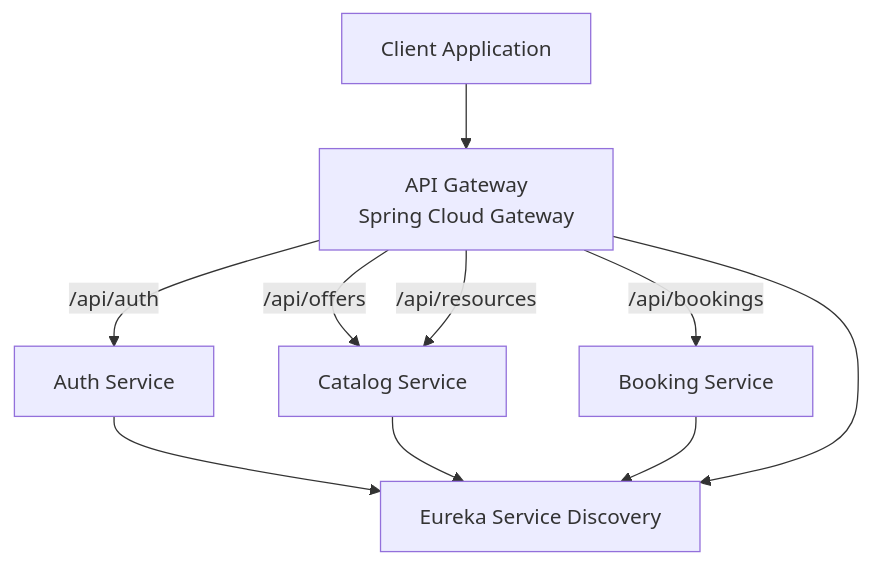
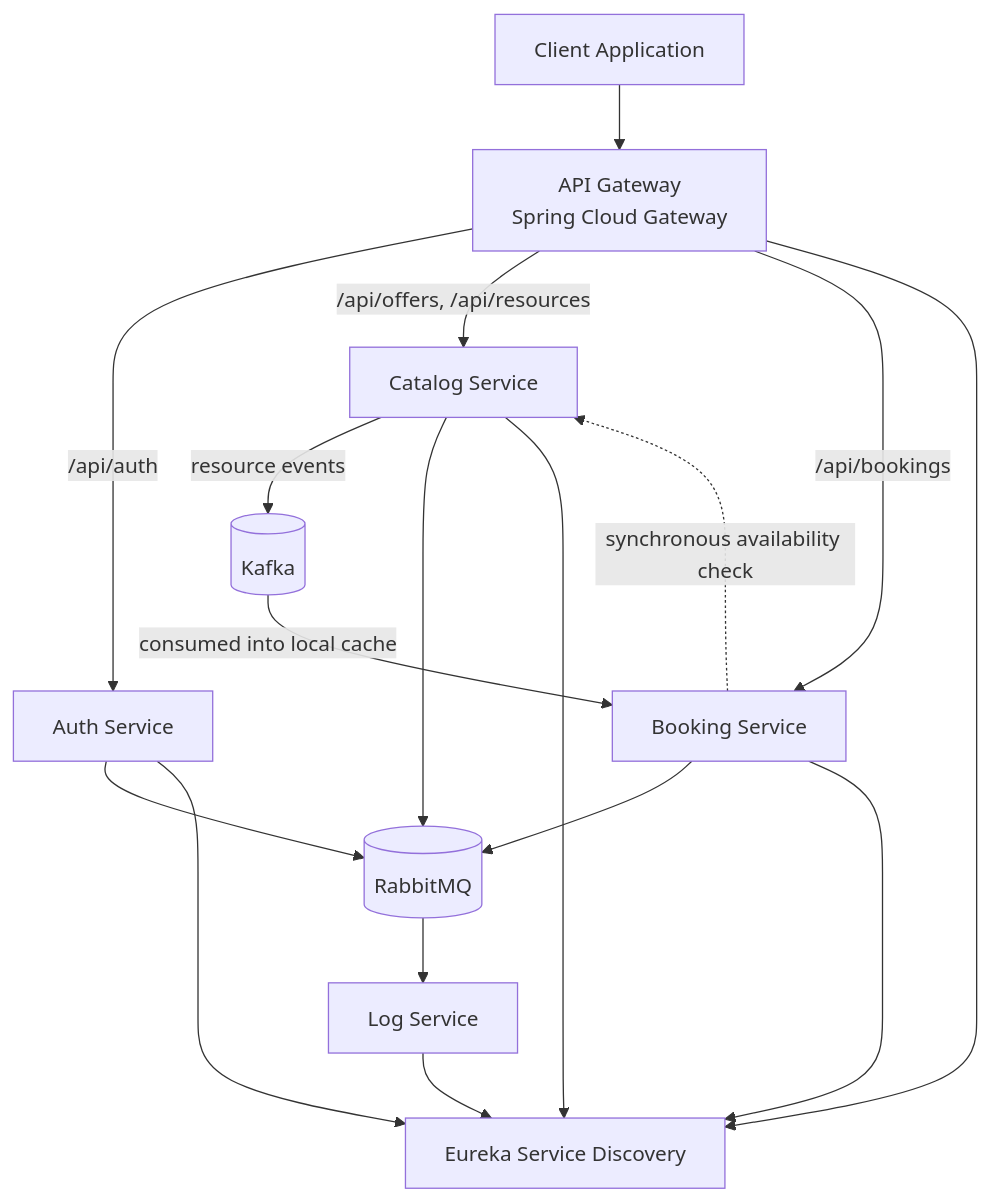
One commit to LeonilSulude/SmartBookingPlatform_V2 changed the diagram in README.md. Above: the diagram before and after it, drawn with Mermaid. The commit also changed other lines of this file, not shown here.

First line of the commit message:
docs: update README for V2 — Kafka, RBAC, testing, observability, CI/CD

````diff
--- a/README.md
+++ b/README.md
@@ -53,21 +65,33 @@
 ```mermaid
 graph TD
   Client[Client Application]
   Gateway[API Gateway<br>Spring Cloud Gateway]
   Auth[Auth Service]
   Catalog[Catalog Service]
   Booking[Booking Service]
+  Log[Log Service]
   Eureka[Eureka Service Discovery]
+  Kafka[(Kafka)]
+  RabbitMQ[(RabbitMQ)]
 
   Client --> Gateway
 
   Gateway -->|/api/auth| Auth
-  Gateway -->|/api/offers| Catalog
-  Gateway -->|/api/resources| Catalog
+  Gateway -->|/api/offers, /api/resources| Catalog
   Gateway -->|/api/bookings| Booking
+
+  Catalog -->|resource events| Kafka
+  Kafka -->|consumed into local cache| Booking
+  Booking -.->|synchronous availability check| Catalog
+
+  Auth --> RabbitMQ
+  Catalog --> RabbitMQ
+  Booking --> RabbitMQ
+  RabbitMQ --> Log
 
   Auth --> Eureka
   Catalog --> Eureka
   Booking --> Eureka
+  Log --> Eureka
   Gateway --> Eureka
 ```
````
